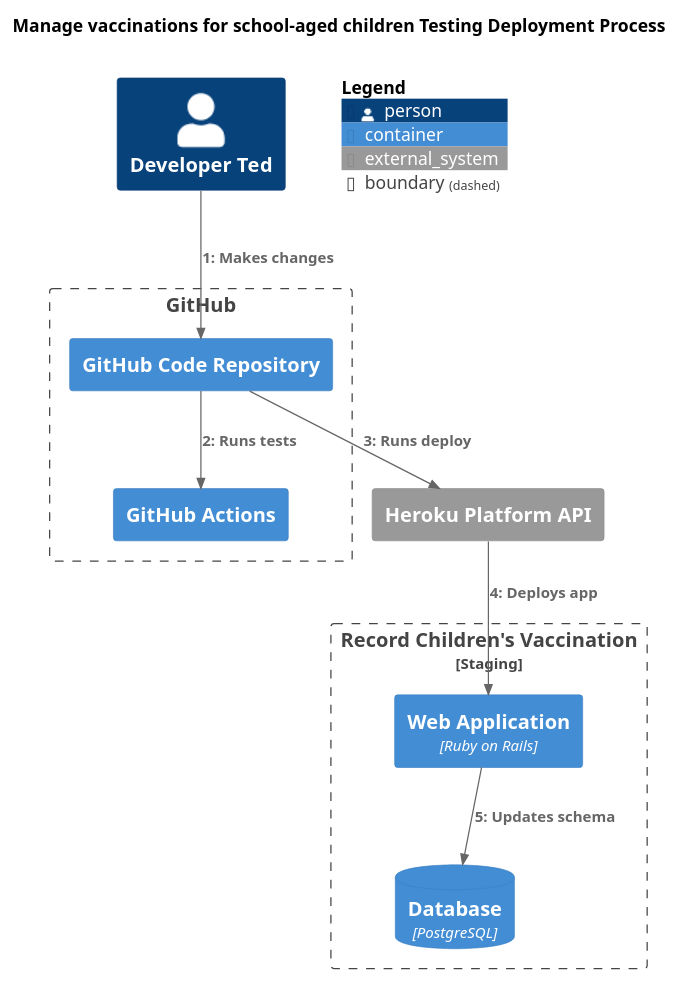
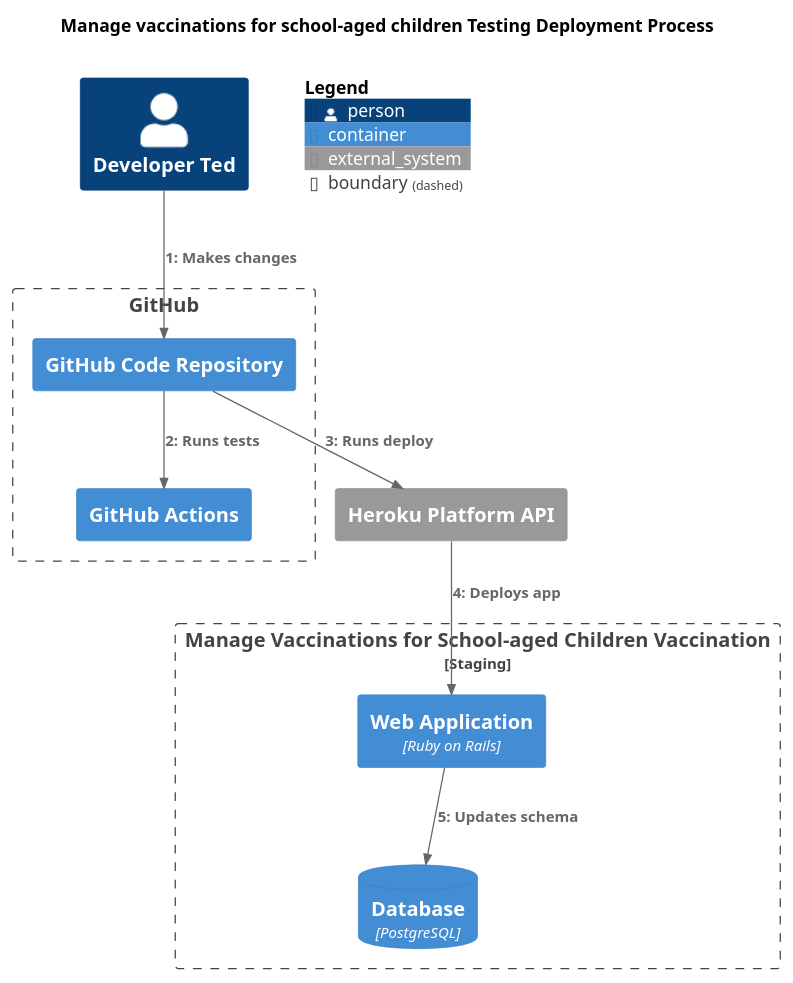
The diagram in docs/diagrams/testing-deployment-process.puml (nhsuk/manage-vaccinations-in-schools), drawn with PlantUML before and after one commit. The commit also changed 14 other files, not shown here.

Commit message:
Rename record to manage

```diff
--- a/docs/diagrams/testing-deployment-process.puml
+++ b/docs/diagrams/testing-deployment-process.puml
@@ -1,28 +1,28 @@
 @startuml
 
 !include <C4/C4_Dynamic.puml>
 
 title "Manage vaccinations for school-aged children Testing Deployment Process"
 
 System_Ext(herokuAPI, "Heroku Platform API")
-Boundary(record, "Record Children's Vaccination", "Staging") {
+Boundary(manage, "Manage Vaccinations for School-aged Children Vaccination", "Staging") {
   Container(serverStaging, "Web Application", "Ruby on Rails")
   ContainerDb(dbStaging, "Database", "PostgreSQL")
 }
 
 Person(devT, "Developer Ted")
 
 Boundary(github, "GitHub") {
     Container(repo, "GitHub Code Repository")
     Container(actions, "GitHub Actions")
 }
 
 Rel(devT, repo, "Makes changes")
 Rel(repo, actions, "Runs tests")
 Rel(repo, herokuAPI, "Runs deploy")
 Rel(herokuAPI, serverStaging, "Deploys app")
 Rel(serverStaging, dbStaging, "Updates schema")
 
 SHOW_FLOATING_LEGEND()
 
 @enduml
```
